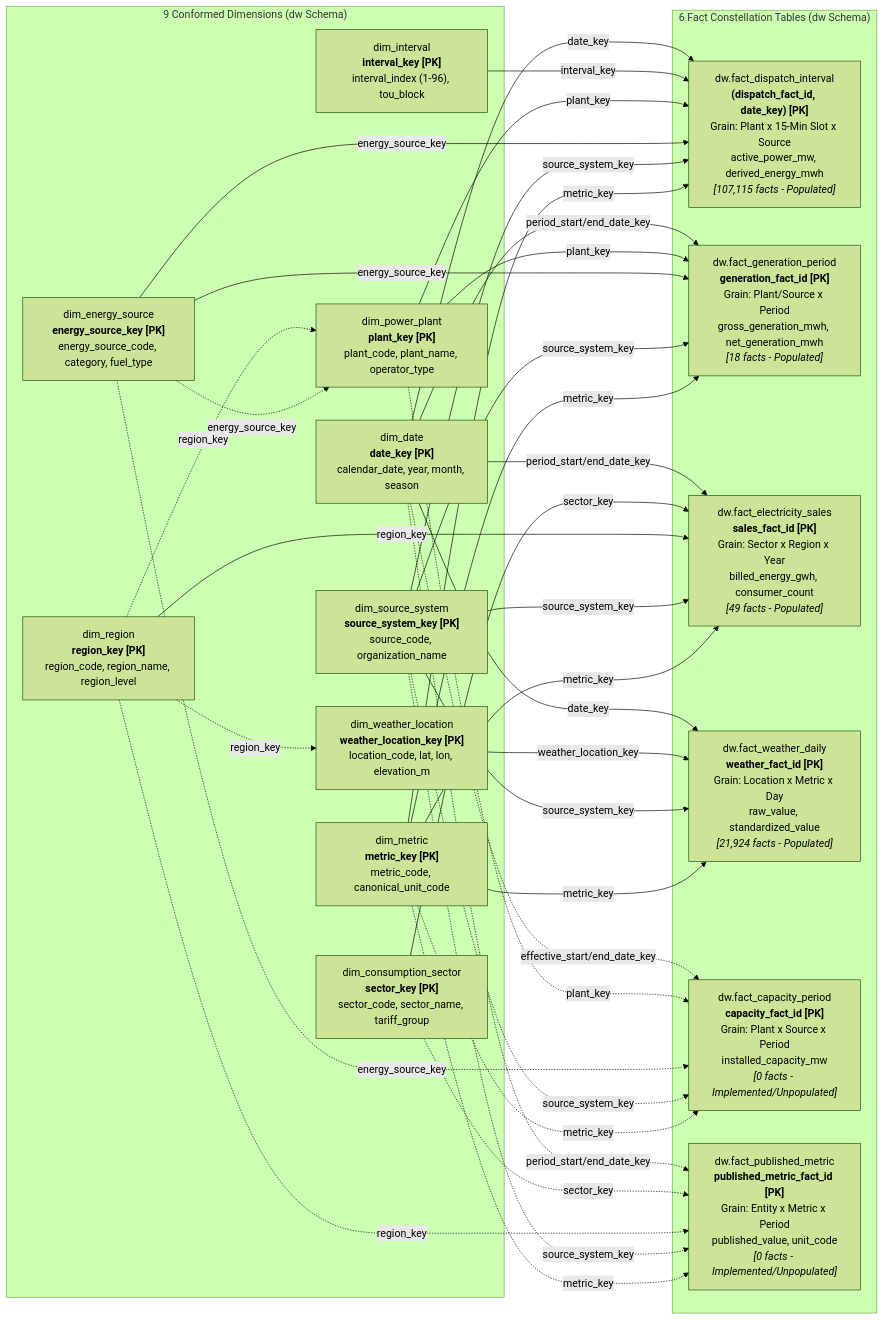
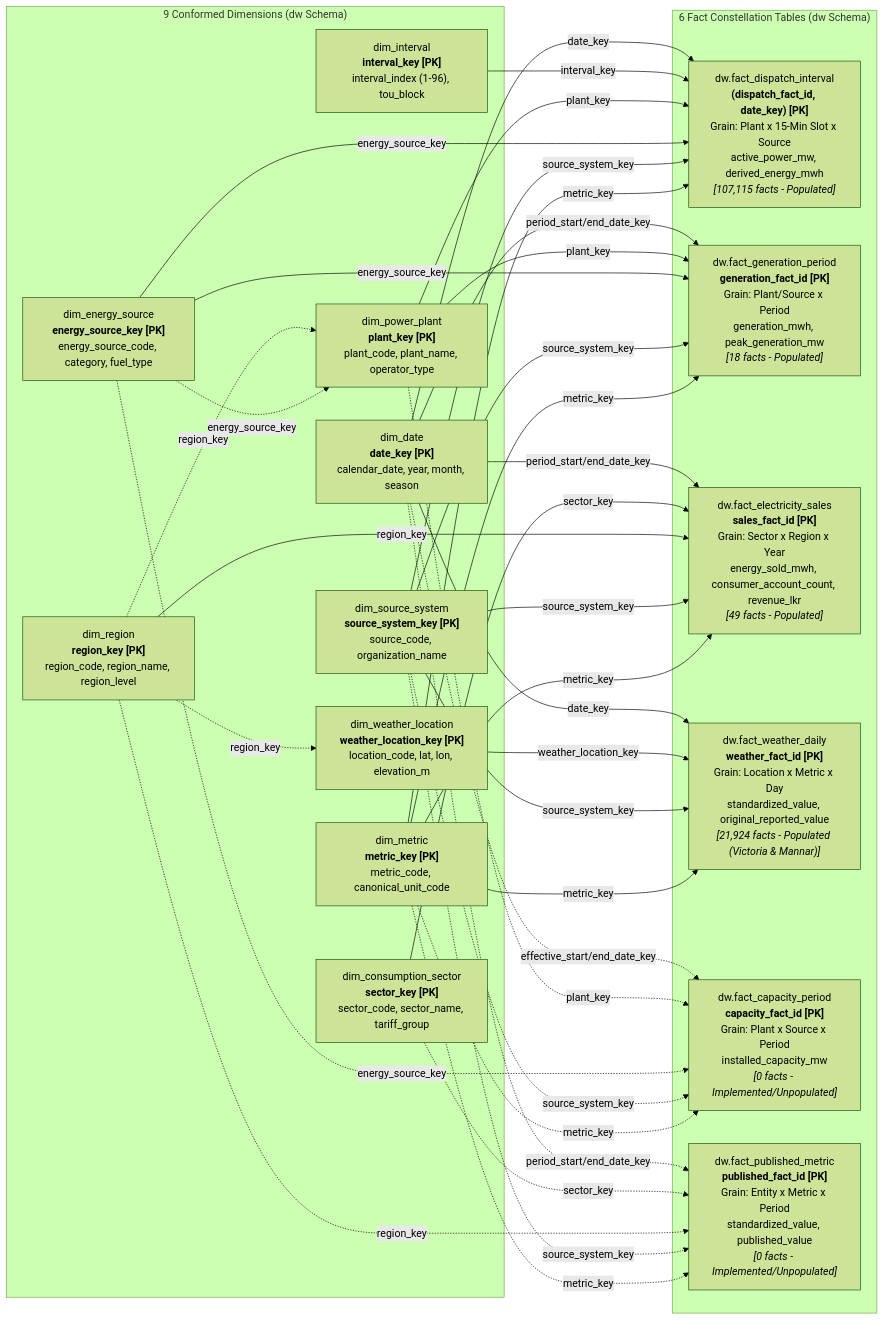
The diagram in docs/diagrams/fact-constellation.mmd (HajithMohamed/LankaGrid-Analytics), drawn with Mermaid (forest theme) before and after one commit. The commit also changed 33 other files, not shown here.

```diff
--- a/docs/diagrams/fact-constellation.mmd
+++ b/docs/diagrams/fact-constellation.mmd
@@ -1,73 +1,73 @@
 flowchart LR
     %% ==============================================================================
     %% GridLens Kimball Fact Constellation Schema Diagram
     %% Verified 9 Conformed Dimensions & 6 Core Fact Tables
     %% ==============================================================================
 
     subgraph DIMS["9 Conformed Dimensions (dw Schema)"]
         D_DATE["dim_date<br/><b>date_key [PK]</b><br/>calendar_date, year, month, season"]
         D_INT["dim_interval<br/><b>interval_key [PK]</b><br/>interval_index (1-96), tou_block"]
         D_SRC["dim_source_system<br/><b>source_system_key [PK]</b><br/>source_code, organization_name"]
         D_ENG["dim_energy_source<br/><b>energy_source_key [PK]</b><br/>energy_source_code, category, fuel_type"]
         D_REG["dim_region<br/><b>region_key [PK]</b><br/>region_code, region_name, region_level"]
         D_SEC["dim_consumption_sector<br/><b>sector_key [PK]</b><br/>sector_code, sector_name, tariff_group"]
         D_PLANT["dim_power_plant<br/><b>plant_key [PK]</b><br/>plant_code, plant_name, operator_type"]
         D_LOC["dim_weather_location<br/><b>weather_location_key [PK]</b><br/>location_code, lat, lon, elevation_m"]
         D_METRIC["dim_metric<br/><b>metric_key [PK]</b><br/>metric_code, canonical_unit_code"]
     end
 
     subgraph FACTS["6 Fact Constellation Tables (dw Schema)"]
         F_DISP["dw.fact_dispatch_interval<br/><b>(dispatch_fact_id, date_key) [PK]</b><br/>Grain: Plant x 15-Min Slot x Source<br/>active_power_mw, derived_energy_mwh<br/><i>[107,115 facts - Populated]</i>"]
-        F_GEN["dw.fact_generation_period<br/><b>generation_fact_id [PK]</b><br/>Grain: Plant/Source x Period<br/>gross_generation_mwh, net_generation_mwh<br/><i>[18 facts - Populated]</i>"]
-        F_SALES["dw.fact_electricity_sales<br/><b>sales_fact_id [PK]</b><br/>Grain: Sector x Region x Year<br/>billed_energy_gwh, consumer_count<br/><i>[49 facts - Populated]</i>"]
-        F_WEATH["dw.fact_weather_daily<br/><b>weather_fact_id [PK]</b><br/>Grain: Location x Metric x Day<br/>raw_value, standardized_value<br/><i>[21,924 facts - Populated]</i>"]
+        F_GEN["dw.fact_generation_period<br/><b>generation_fact_id [PK]</b><br/>Grain: Plant/Source x Period<br/>generation_mwh, peak_generation_mw<br/><i>[18 facts - Populated]</i>"]
+        F_SALES["dw.fact_electricity_sales<br/><b>sales_fact_id [PK]</b><br/>Grain: Sector x Region x Year<br/>energy_sold_mwh, consumer_account_count, revenue_lkr<br/><i>[49 facts - Populated]</i>"]
+        F_WEATH["dw.fact_weather_daily<br/><b>weather_fact_id [PK]</b><br/>Grain: Location x Metric x Day<br/>standardized_value, original_reported_value<br/><i>[21,924 facts - Populated (Victoria & Mannar)]</i>"]
         F_CAP["dw.fact_capacity_period<br/><b>capacity_fact_id [PK]</b><br/>Grain: Plant x Source x Period<br/>installed_capacity_mw<br/><i>[0 facts - Implemented/Unpopulated]</i>"]
-        F_PUB["dw.fact_published_metric<br/><b>published_metric_fact_id [PK]</b><br/>Grain: Entity x Metric x Period<br/>published_value, unit_code<br/><i>[0 facts - Implemented/Unpopulated]</i>"]
+        F_PUB["dw.fact_published_metric<br/><b>published_fact_id [PK]</b><br/>Grain: Entity x Metric x Period<br/>standardized_value, published_value<br/><i>[0 facts - Implemented/Unpopulated]</i>"]
     end
 
     %% Dimension-to-Dimension Relationships
     D_REG -.->|region_key| D_PLANT
     D_ENG -.->|energy_source_key| D_PLANT
     D_REG -.->|region_key| D_LOC
 
     %% Fact 1: fact_dispatch_interval FKs
     D_DATE -->|date_key| F_DISP
     D_INT -->|interval_key| F_DISP
     D_PLANT -->|plant_key| F_DISP
     D_ENG -->|energy_source_key| F_DISP
     D_SRC -->|source_system_key| F_DISP
     D_METRIC -->|metric_key| F_DISP
 
     %% Fact 2: fact_generation_period FKs
     D_DATE -->|period_start/end_date_key| F_GEN
     D_PLANT -->|plant_key| F_GEN
     D_ENG -->|energy_source_key| F_GEN
     D_SRC -->|source_system_key| F_GEN
     D_METRIC -->|metric_key| F_GEN
 
     %% Fact 3: fact_electricity_sales FKs
     D_DATE -->|period_start/end_date_key| F_SALES
     D_SEC -->|sector_key| F_SALES
     D_REG -->|region_key| F_SALES
     D_SRC -->|source_system_key| F_SALES
     D_METRIC -->|metric_key| F_SALES
 
     %% Fact 4: fact_weather_daily FKs
     D_DATE -->|date_key| F_WEATH
     D_LOC -->|weather_location_key| F_WEATH
     D_SRC -->|source_system_key| F_WEATH
     D_METRIC -->|metric_key| F_WEATH
 
     %% Fact 5: fact_capacity_period FKs
     D_DATE -.->|effective_start/end_date_key| F_CAP
     D_PLANT -.->|plant_key| F_CAP
     D_ENG -.->|energy_source_key| F_CAP
     D_SRC -.->|source_system_key| F_CAP
     D_METRIC -.->|metric_key| F_CAP
 
     %% Fact 6: fact_published_metric FKs
     D_DATE -.->|period_start/end_date_key| F_PUB
     D_SEC -.->|sector_key| F_PUB
     D_REG -.->|region_key| F_PUB
     D_SRC -.->|source_system_key| F_PUB
     D_METRIC -.->|metric_key| F_PUB
```
